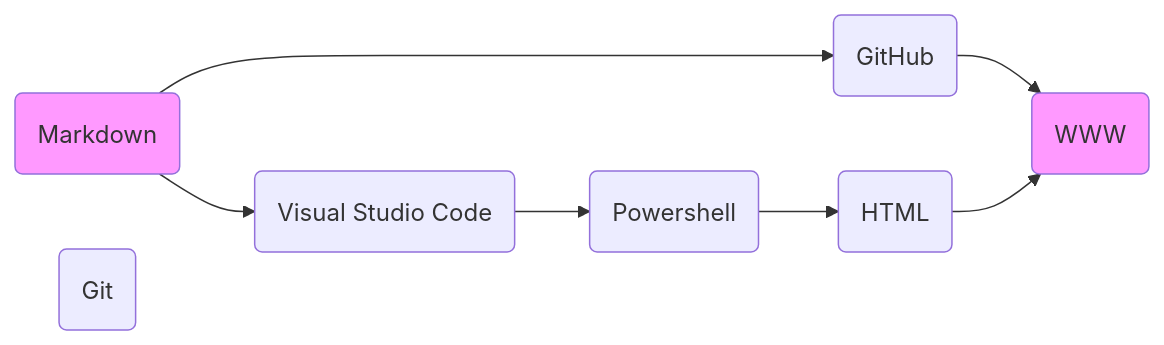
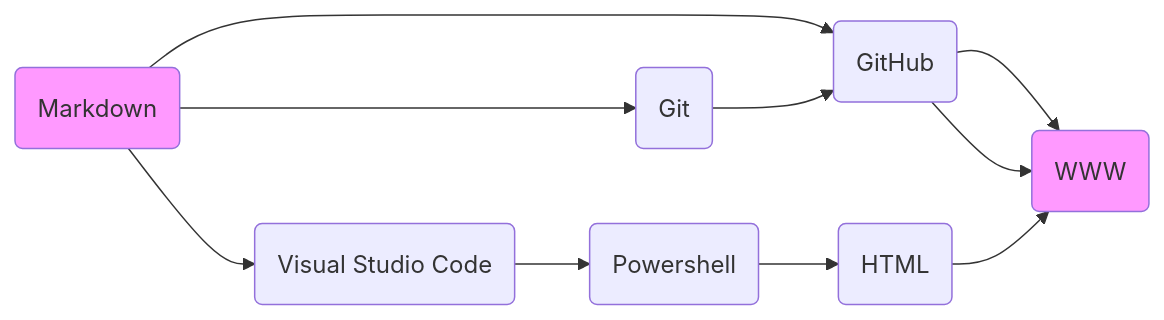
Before and after one commit to phdonner/phdonner: the diagram in README.md, drawn with Mermaid.

````diff
--- a/README.md
+++ b/README.md
@@ -27,14 +27,15 @@
 ```mermaid
 flowchart LR
     id1(Markdown)
     id2(GitHub)
     id3(WWW)
     id4(Git)
     id5(Visual Studio Code)
     id6(Powershell)
     id7(HTML)
-    id1-->id2-->id3
+    id1-->id2-->id3;
+    id1-->id4-->id2-->id3;
     id1-->id5-->id6-->id7-->id3
 style id1 fill:#f9f;
 style id3 fill:#f9f;
 ```
````
